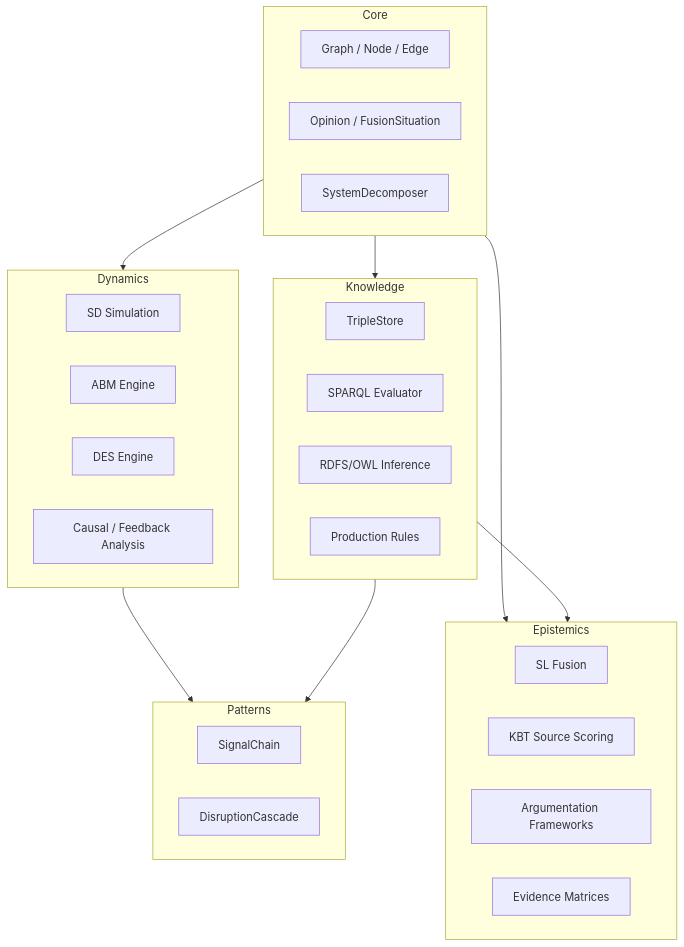
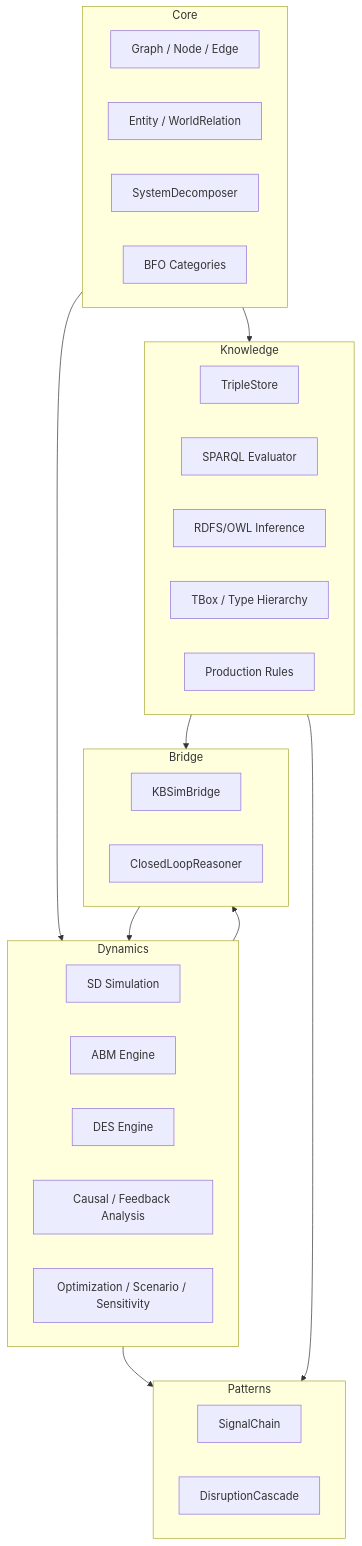
The diagram in docs/architecture.md (Achref-Yak/DynaFX), drawn with Mermaid before and after one commit. The commit also changed other lines of this file and 15 other files, not shown here.

````diff
--- a/docs/architecture.md
+++ b/docs/architecture.md
@@ -5,41 +5,43 @@
 ```mermaid
 graph TB
     subgraph Core
         A[Graph / Node / Edge]
-        B[Opinion / FusionSituation]
+        B[Entity / WorldRelation]
         C[SystemDecomposer]
+        D[BFO Categories]
     end
-    
+
     subgraph Dynamics
-        D[SD Simulation]
-        E[ABM Engine]
-        F[DES Engine]
-        G[Causal / Feedback Analysis]
+        E[SD Simulation]
+        F[ABM Engine]
+        G[DES Engine]
+        H[Causal / Feedback Analysis]
+        I[Optimization / Scenario / Sensitivity]
     end
-    
+
     subgraph Knowledge
-        H[TripleStore]
-        I[SPARQL Evaluator]
-        J[RDFS/OWL Inference]
-        K[Production Rules]
+        J[TripleStore]
+        K[SPARQL Evaluator]
+        L[RDFS/OWL Inference]
+        M[TBox / Type Hierarchy]
+        N[Production Rules]
     end
-    
-    subgraph Epistemics
-        L[SL Fusion]
-        M[KBT Source Scoring]
-        N[Argumentation Frameworks]
-        O[Evidence Matrices]
+
+    subgraph Patterns
+        O[SignalChain]
+        P[DisruptionCascade]
     end
-    
-    subgraph Patterns
-        P[SignalChain]
-        Q[DisruptionCascade]
+
+    subgraph Bridge
+        Q[KBSimBridge]
+        R[ClosedLoopReasoner]
     end
-    
+
     Core --> Dynamics
     Core --> Knowledge
-    Core --> Epistemics
-    Knowledge --> Epistemics
+    Knowledge --> Bridge
+    Dynamics --> Bridge
     Dynamics --> Patterns
     Knowledge --> Patterns
+    Bridge --> Dynamics
 ```
````
